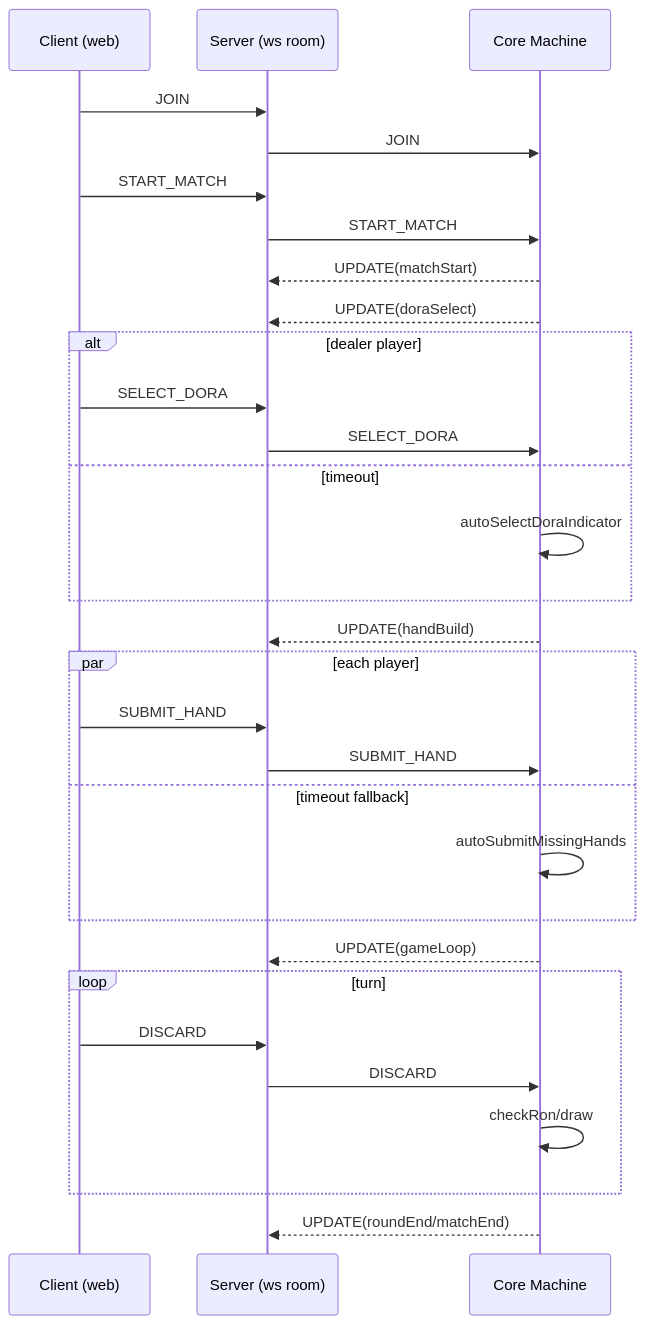
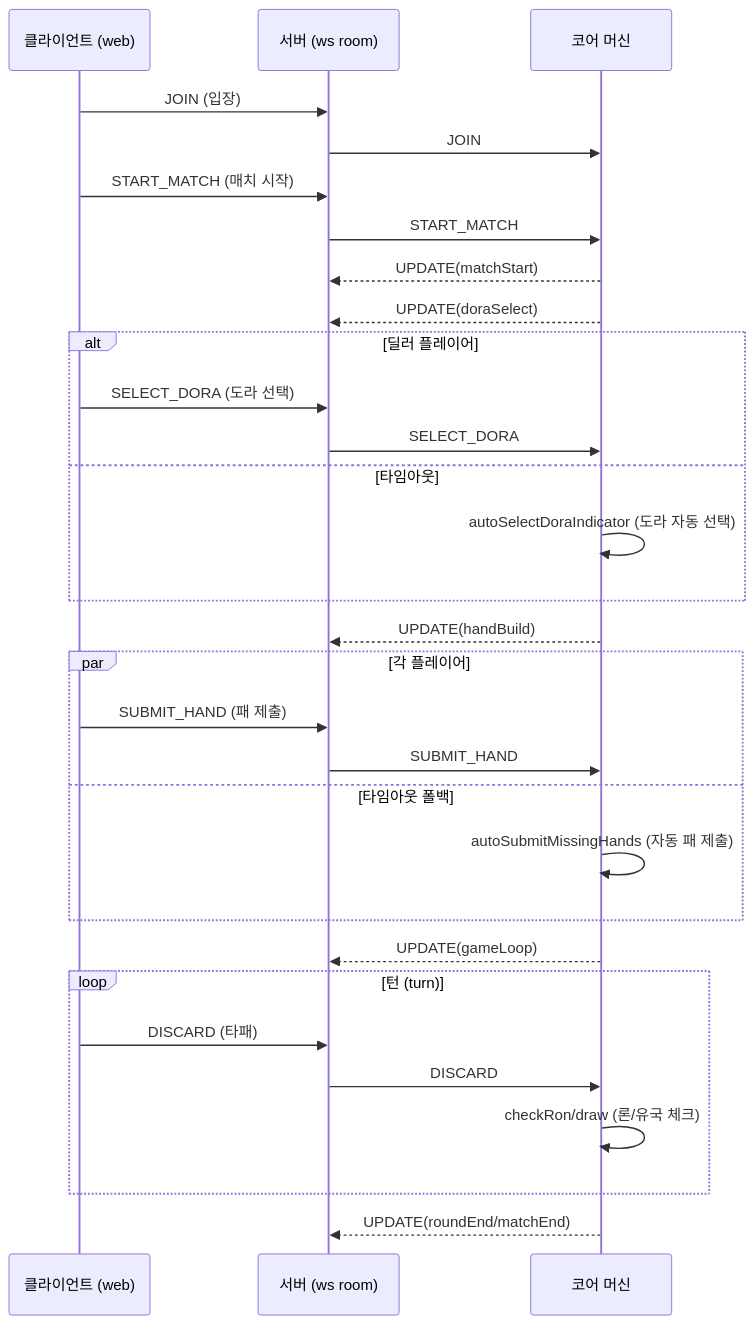
The first of 2 diagrams in docs/system-flow.md (yomania/step13), drawn with Mermaid before and after one commit. The commit also changed other lines of this file and 22 other files, not shown here.

````diff
--- a/docs/system-flow.md
+++ b/docs/system-flow.md
@@ -5,39 +5,39 @@
 ```mermaid
 sequenceDiagram
-    participant C as Client (web)
-    participant S as Server (ws room)
-    participant M as Core Machine
+    participant C as 클라이언트 (web)
+    participant S as 서버 (ws room)
+    participant M as 코어 머신
 
-    C->>S: JOIN
+    C->>S: JOIN (입장)
     S->>M: JOIN
-    C->>S: START_MATCH
+    C->>S: START_MATCH (매치 시작)
     S->>M: START_MATCH
     M-->>S: UPDATE(matchStart)
     M-->>S: UPDATE(doraSelect)
 
-    alt dealer player
-        C->>S: SELECT_DORA
+    alt 딜러 플레이어
+        C->>S: SELECT_DORA (도라 선택)
         S->>M: SELECT_DORA
-    else timeout
-        M->>M: autoSelectDoraIndicator
+    else 타임아웃
+        M->>M: autoSelectDoraIndicator (도라 자동 선택)
     end
 
     M-->>S: UPDATE(handBuild)
 
-    par each player
-        C->>S: SUBMIT_HAND
+    par 각 플레이어
+        C->>S: SUBMIT_HAND (패 제출)
         S->>M: SUBMIT_HAND
-    and timeout fallback
-        M->>M: autoSubmitMissingHands
+    and 타임아웃 폴백
+        M->>M: autoSubmitMissingHands (자동 패 제출)
     end
 
     M-->>S: UPDATE(gameLoop)
 
-    loop turn
-        C->>S: DISCARD
+    loop 턴 (turn)
+        C->>S: DISCARD (타패)
         S->>M: DISCARD
-        M->>M: checkRon/draw
+        M->>M: checkRon/draw (론/유국 체크)
     end
 
     M-->>S: UPDATE(roundEnd/matchEnd)
 ```
````
